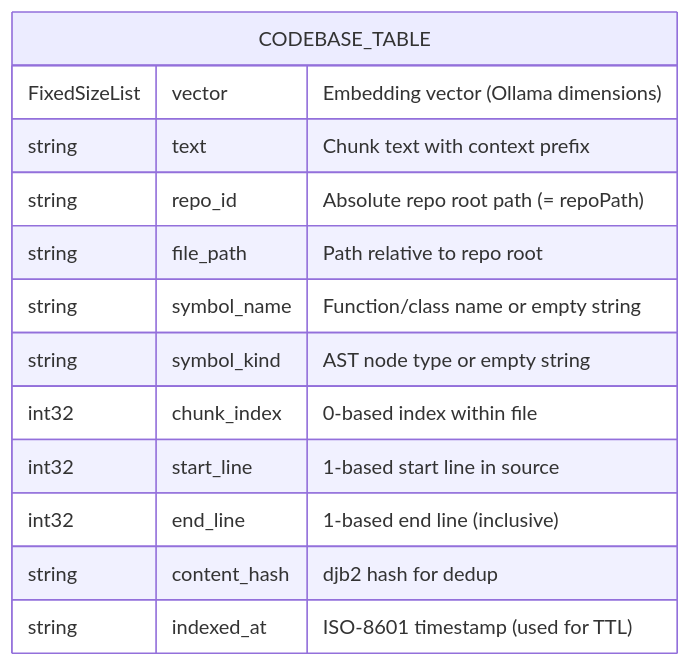
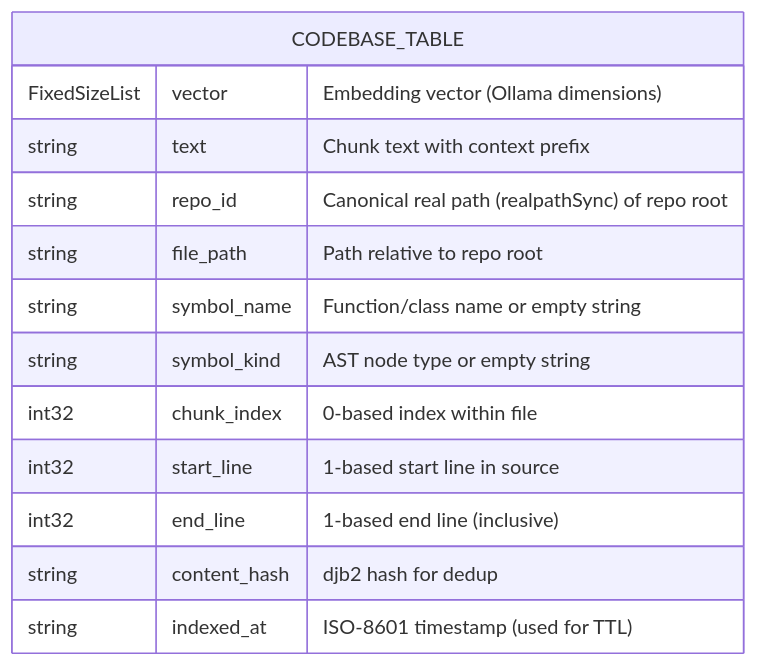
One commit to vansweej/ai-coding changed the fourth of 6 diagrams in docs/codebase-indexer.md. Above: the diagram before and after it, drawn with Mermaid. The commit also changed other lines of this file and 7 other files, not shown here.

First line of the commit message:
feat: add --purge-repo flag and canonicalize repo paths with realpathSync

````diff
--- a/docs/codebase-indexer.md
+++ b/docs/codebase-indexer.md
@@ -173,16 +176,16 @@
 ```mermaid
 erDiagram
     CODEBASE_TABLE {
         FixedSizeList vector       "Embedding vector (Ollama dimensions)"
         string        text         "Chunk text with context prefix"
-        string        repo_id      "Absolute repo root path (= repoPath)"
+        string        repo_id      "Canonical real path (realpathSync) of repo root"
         string        file_path    "Path relative to repo root"
         string        symbol_name  "Function/class name or empty string"
         string        symbol_kind  "AST node type or empty string"
         int32         chunk_index  "0-based index within file"
         int32         start_line   "1-based start line in source"
         int32         end_line     "1-based end line (inclusive)"
         string        content_hash "djb2 hash for dedup"
         string        indexed_at   "ISO-8601 timestamp (used for TTL)"
     }
 ```
````
